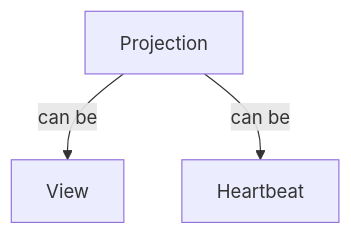
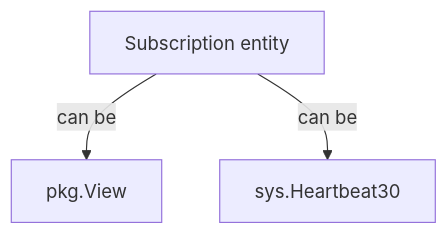
The diagram in server/n10n/create-channel.md (voedger/voedger-internals), drawn with Mermaid before and after one commit. The commit also changed other lines of this file and 3 other files, not shown here.

````diff
--- a/server/n10n/create-channel.md
+++ b/server/n10n/create-channel.md
@@ -13,5 +13,5 @@
 ```mermaid
 graph TD
-  Projection[Projection] --> |can be|View[View]
-  Projection[Projection] --> |can be|Heartbeat[Heartbeat]
+  SubscriptionItem[Subscription entity] --> |can be|View[pkg.View]
+  SubscriptionItem[Subscription entity] --> |can be|Heartbeat[sys.Heartbeat30]
 ```
````
